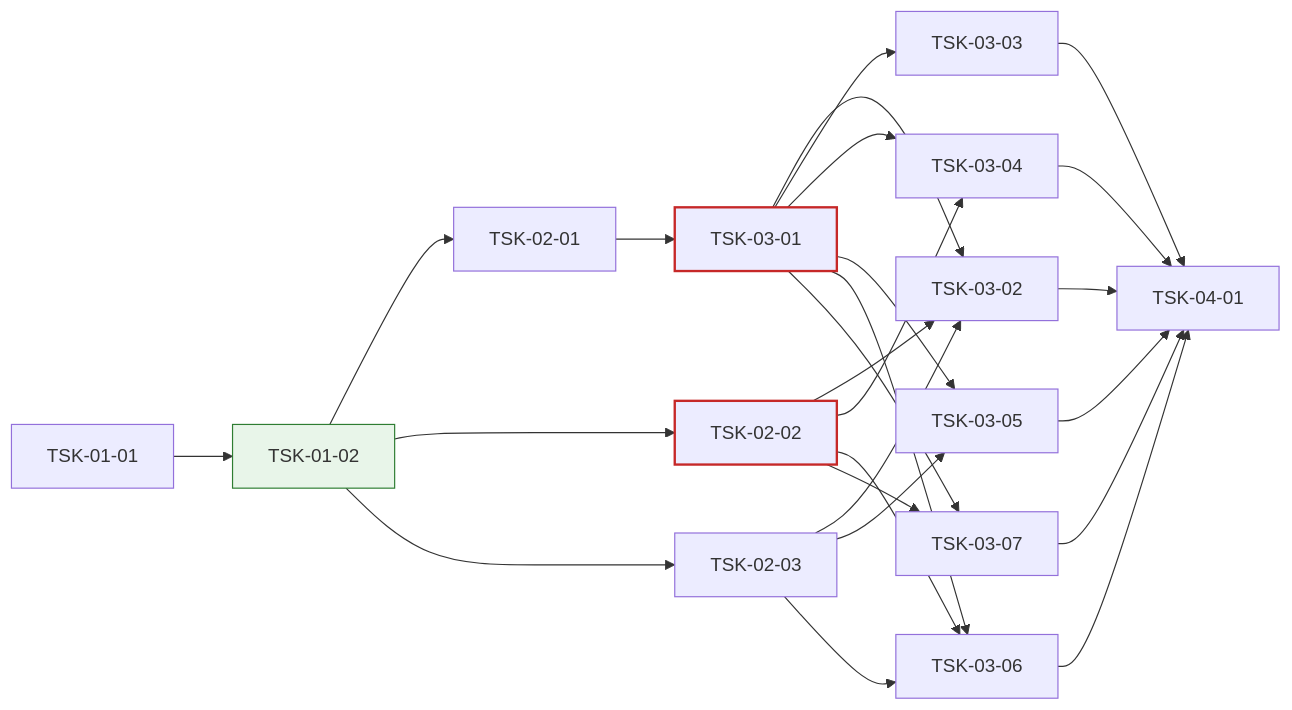
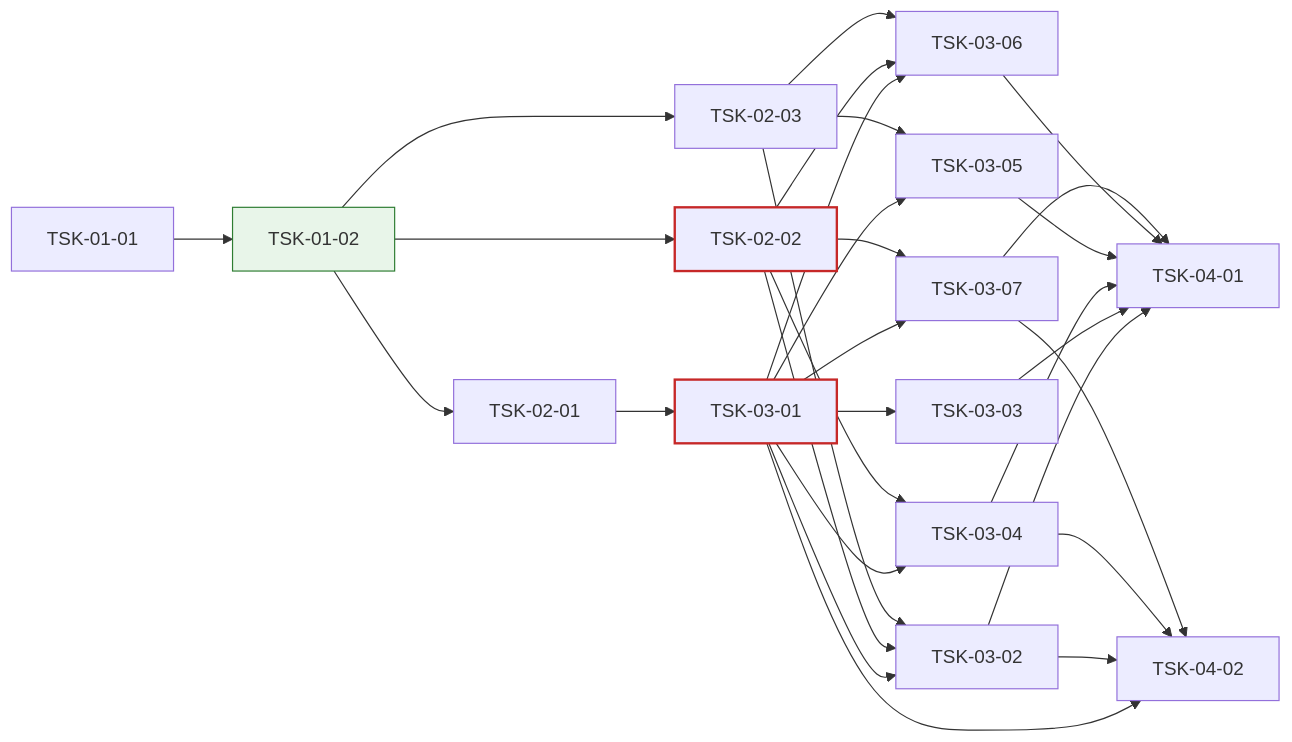
One commit to jongik-sv/oranda changed the diagram in docs/oranda1/wbs.md. Above: the diagram before and after it, drawn with Mermaid. The commit also changed other lines of this file, not shown here.

First line of the commit message:
docs(oranda1): add TSK-04-02 MyBatis performance test task

````diff
--- a/docs/oranda1/wbs.md
+++ b/docs/oranda1/wbs.md
@@ -182,30 +193,34 @@
 ```mermaid
 graph LR
   TSK-01-01 --> TSK-01-02
   TSK-01-02 --> TSK-02-01
   TSK-01-02 --> TSK-02-02
   TSK-01-02 --> TSK-02-03
   TSK-02-01 --> TSK-03-01
   TSK-03-01 --> TSK-03-02
   TSK-02-02 --> TSK-03-02
   TSK-02-03 --> TSK-03-02
   TSK-03-01 --> TSK-03-03
   TSK-03-01 --> TSK-03-04
   TSK-02-02 --> TSK-03-04
   TSK-03-01 --> TSK-03-05
   TSK-02-03 --> TSK-03-05
   TSK-03-01 --> TSK-03-06
   TSK-02-02 --> TSK-03-06
   TSK-02-03 --> TSK-03-06
   TSK-03-01 --> TSK-03-07
   TSK-02-02 --> TSK-03-07
   TSK-03-02 --> TSK-04-01
   TSK-03-03 --> TSK-04-01
   TSK-03-04 --> TSK-04-01
   TSK-03-05 --> TSK-04-01
   TSK-03-06 --> TSK-04-01
   TSK-03-07 --> TSK-04-01
+  TSK-03-01 --> TSK-04-02
+  TSK-03-02 --> TSK-04-02
+  TSK-03-04 --> TSK-04-02
+  TSK-03-07 --> TSK-04-02
   style TSK-01-02 fill:#e8f5e9,stroke:#2e7d32
   style TSK-03-01 stroke:#c62828,stroke-width:2px
   style TSK-02-02 stroke:#c62828,stroke-width:2px
 ```
````
